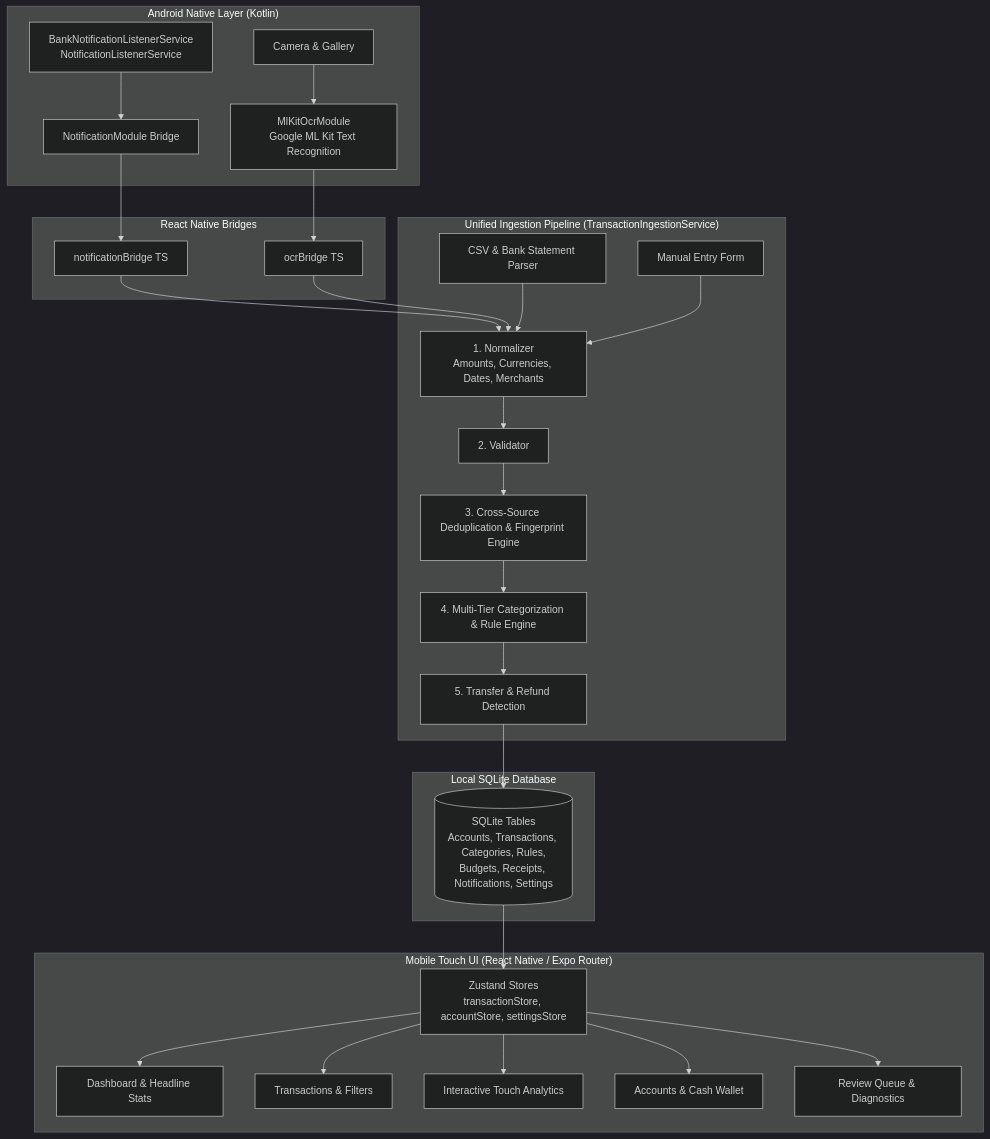
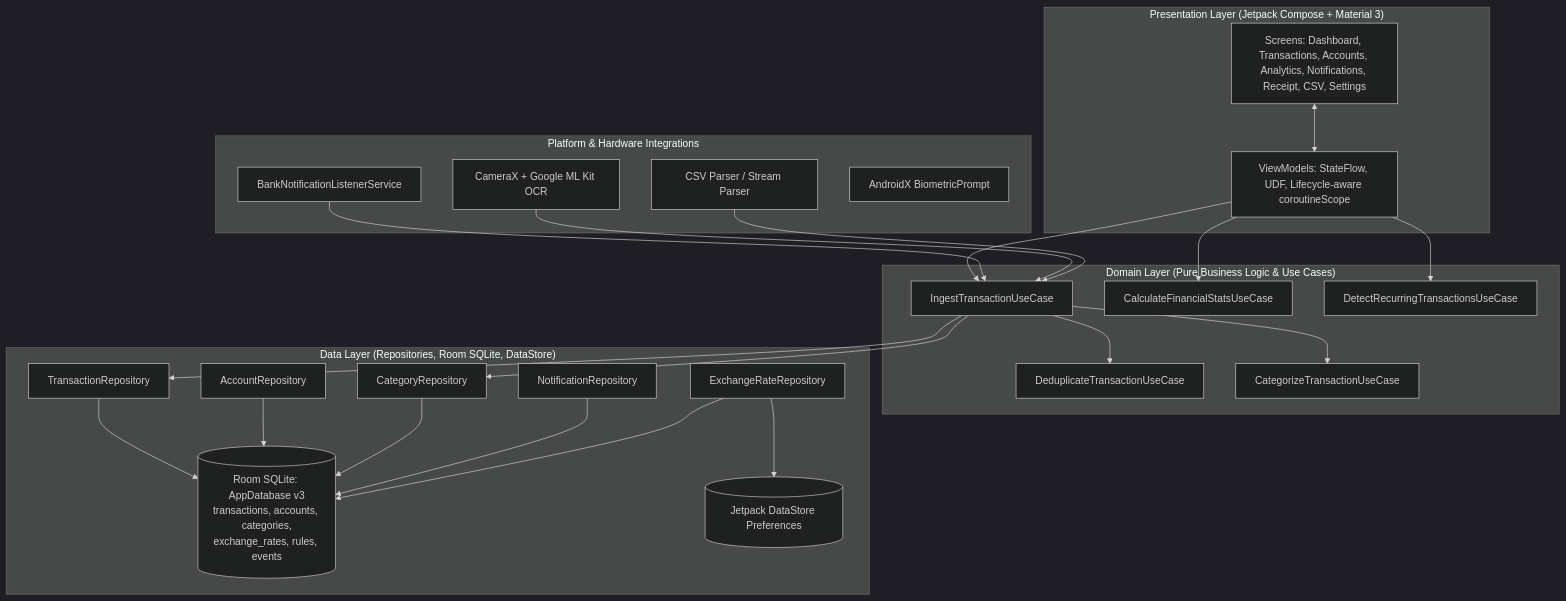
One commit to teppe21/finances changed the diagram in docs/ARCHITECTURE.md. Above: the diagram before and after it, drawn with Mermaid (dark theme). The commit also changed other lines of this file and 142 other files, not shown here.

Commit message:
Production hardening: Android 16 target, package com.teppe21.finances, Room v3, confidence matching, CI & docs

````diff
--- a/docs/ARCHITECTURE.md
+++ b/docs/ARCHITECTURE.md
@@ -16,37 +19,52 @@
 ```mermaid
 flowchart TD
-    subgraph Native["Android Native Layer (Kotlin)"]
-        NLS[BankNotificationListenerService<br/>NotificationListenerService] --> NModule[NotificationModule Bridge]
-        Camera[Camera & Gallery] --> OCRModule[MlKitOcrModule<br/>Google ML Kit Text Recognition]
+    subgraph UI["Presentation Layer (Jetpack Compose + Material 3)"]
+        Screens[Screens: Dashboard, Transactions, Accounts, Analytics, Notifications, Receipt, CSV, Settings]
+        VMs[ViewModels: StateFlow, UDF, Lifecycle-aware coroutineScope]
+        Screens <--> VMs
     end
 
-    subgraph Bridges["React Native Bridges"]
-        NModule --> NBridge[notificationBridge TS]
-        OCRModule --> OBridge[ocrBridge TS]
+    subgraph Domain["Domain Layer (Pure Business Logic & Use Cases)"]
+        IngestUC[IngestTransactionUseCase]
+        DedupUC[DeduplicateTransactionUseCase]
+        CatUC[CategorizeTransactionUseCase]
+        StatsUC[CalculateFinancialStatsUseCase]
+        RecurUC[DetectRecurringTransactionsUseCase]
     end
 
-    subgraph Ingestion["Unified Ingestion Pipeline (TransactionIngestionService)"]
-        NBridge --> Normalizer[1. Normalizer<br/>Amounts, Currencies, Dates, Merchants]
-        OBridge --> Normalizer
-        CSV[CSV & Bank Statement Parser] --> Normalizer
-        Manual[Manual Entry Form] --> Normalizer
-
-        Normalizer --> Validator[2. Validator]
-        Validator --> Dedup[3. Cross-Source Deduplication & Fingerprint Engine]
-        Dedup --> Categorizer[4. Multi-Tier Categorization & Rule Engine]
-        Categorizer --> TransferDetector[5. Transfer & Refund Detection]
+    subgraph Data["Data Layer (Repositories, Room SQLite, DataStore)"]
+        TxRepo[TransactionRepository]
+        AccRepo[AccountRepository]
+        CatRepo[CategoryRepository]
+        NotifRepo[NotificationRepository]
+        FxRepo[ExchangeRateRepository]
+        RoomDB[(Room SQLite: AppDatabase v3<br/>transactions, accounts, categories,<br/>exchange_rates, rules, events)]
+        DataStore[(Jetpack DataStore Preferences)]
     end
 
-    subgraph Persistence["Local SQLite Database"]
-        TransferDetector --> DB[(SQLite Tables<br/>Accounts, Transactions, Categories, Rules,<br/>Budgets, Receipts, Notifications, Settings)]
+    subgraph Hardware["Platform & Hardware Integrations"]
+        NLS[BankNotificationListenerService]
+        CamX[CameraX + Google ML Kit OCR]
+        CSVParser[CSV Parser / Stream Parser]
+        Biometrics[AndroidX BiometricPrompt]
     end
 
-    subgraph Presentation["Mobile Touch UI (React Native / Expo Router)"]
-        DB --> Stores[Zustand Stores<br/>transactionStore, accountStore, settingsStore]
-        Stores --> Dashboard[Dashboard & Headline Stats]
-        Stores --> TxView[Transactions & Filters]
-        Stores --> Analytics[Interactive Touch Analytics]
-        Stores --> AccountsUI[Accounts & Cash Wallet]
-        Stores --> ReviewQueue[Review Queue & Diagnostics]
-    end
+    VMs --> IngestUC
+    VMs --> StatsUC
+    VMs --> RecurUC
+    NLS --> IngestUC
+    CamX --> IngestUC
+    CSVParser --> IngestUC
+
+    IngestUC --> DedupUC
+    IngestUC --> CatUC
+    IngestUC --> TxRepo
+    IngestUC --> CatRepo
+
+    TxRepo --> RoomDB
+    AccRepo --> RoomDB
+    CatRepo --> RoomDB
+    NotifRepo --> RoomDB
+    FxRepo --> RoomDB
+    FxRepo --> DataStore
 ```
````
